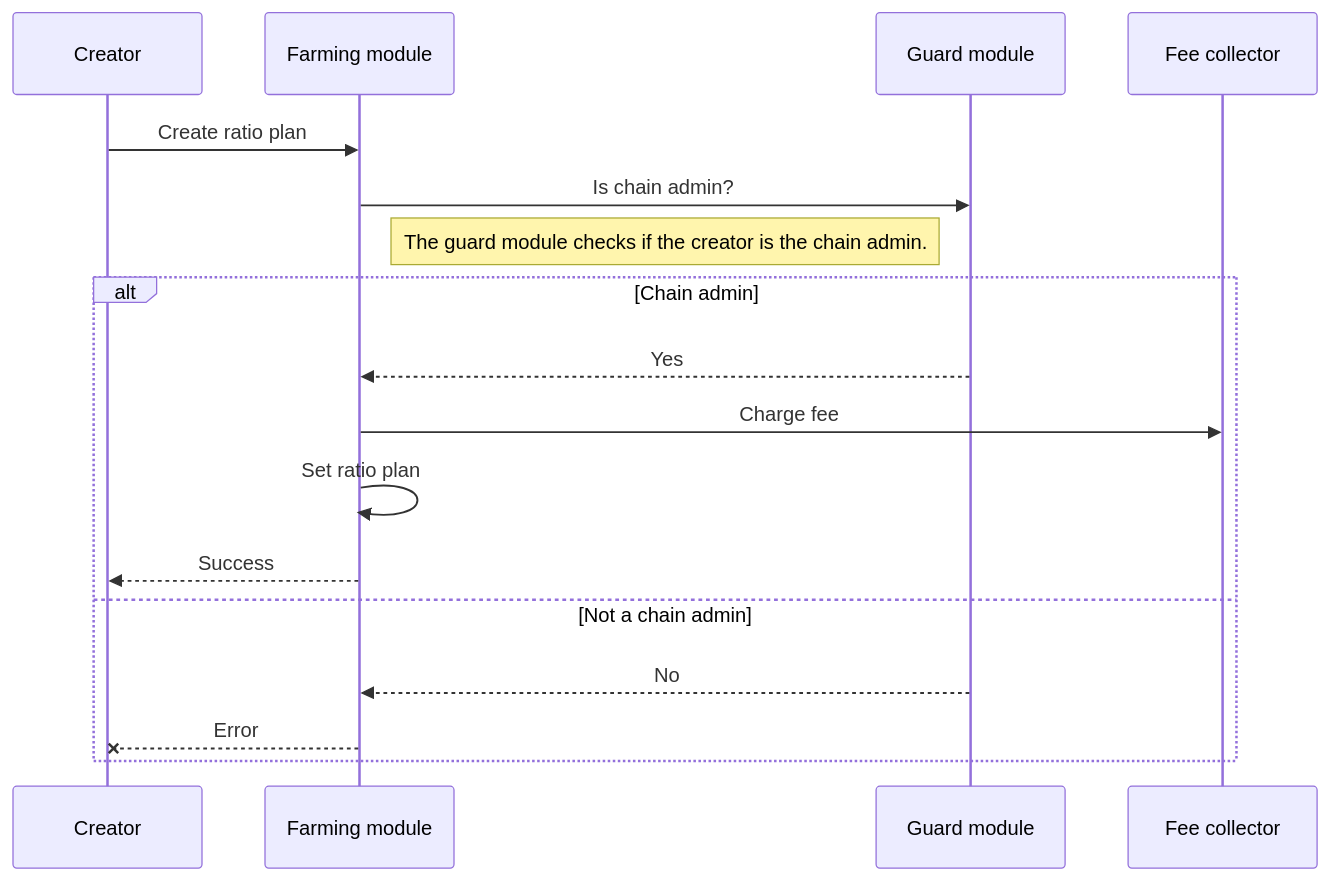
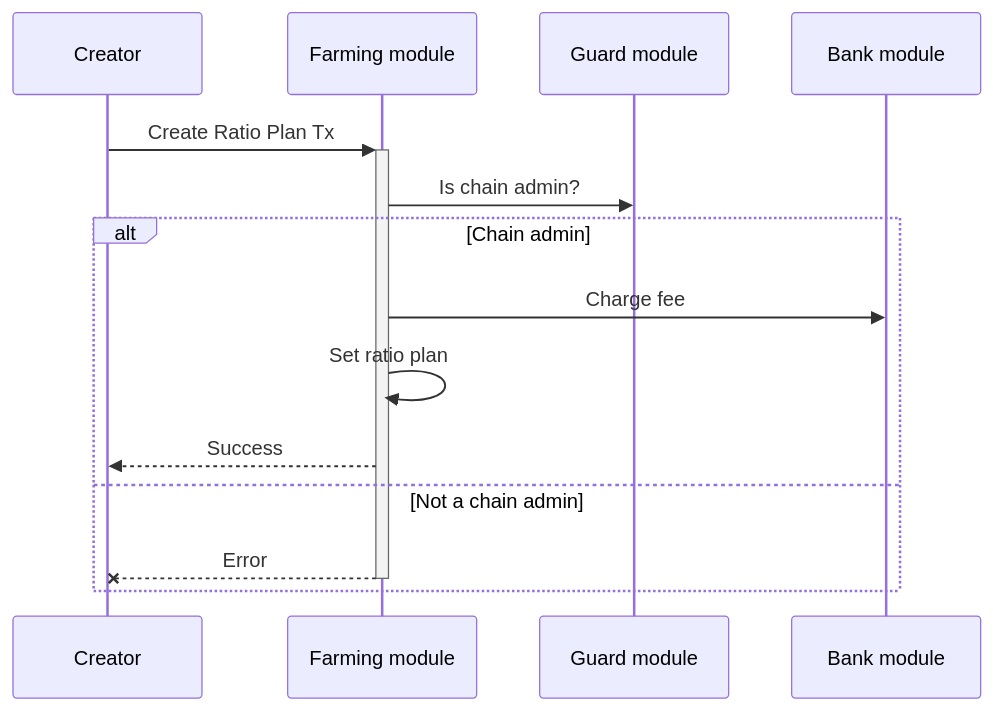
Before and after one commit to MANTRA-Chain/mantrachain: the second of 7 diagrams in x/farming/spec/09_txs_flows.md, drawn with Mermaid. The commit also changed other lines of this file and 12 other files, not shown here.

Commit message:
docs: add update txs flows docs

````diff
--- a/x/farming/spec/09_txs_flows.md
+++ b/x/farming/spec/09_txs_flows.md
@@ -25,15 +22,12 @@
 ```mermaid
 sequenceDiagram
-Creator ->> Farming module: Create ratio plan
+Creator->>+Farming module: Create Ratio Plan Tx
 Farming module->>Guard module: Is chain admin?
-Note left of Guard module: The guard module checks if the creator is the chain admin.
 alt Chain admin
-  Guard module-->>Farming module: Yes
-  Farming module->>Fee collector: Charge fee
+  Farming module->>Bank module: Charge fee
   Farming module->>Farming module: Set ratio plan
-  Farming module-->> Creator: Success
+  Farming module-->>Creator: Success
 else Not a chain admin
-  Guard module-->>Farming module: No
-  Farming module--x Creator: Error
+  Farming module--x-Creator: Error
 end
 ```
````
